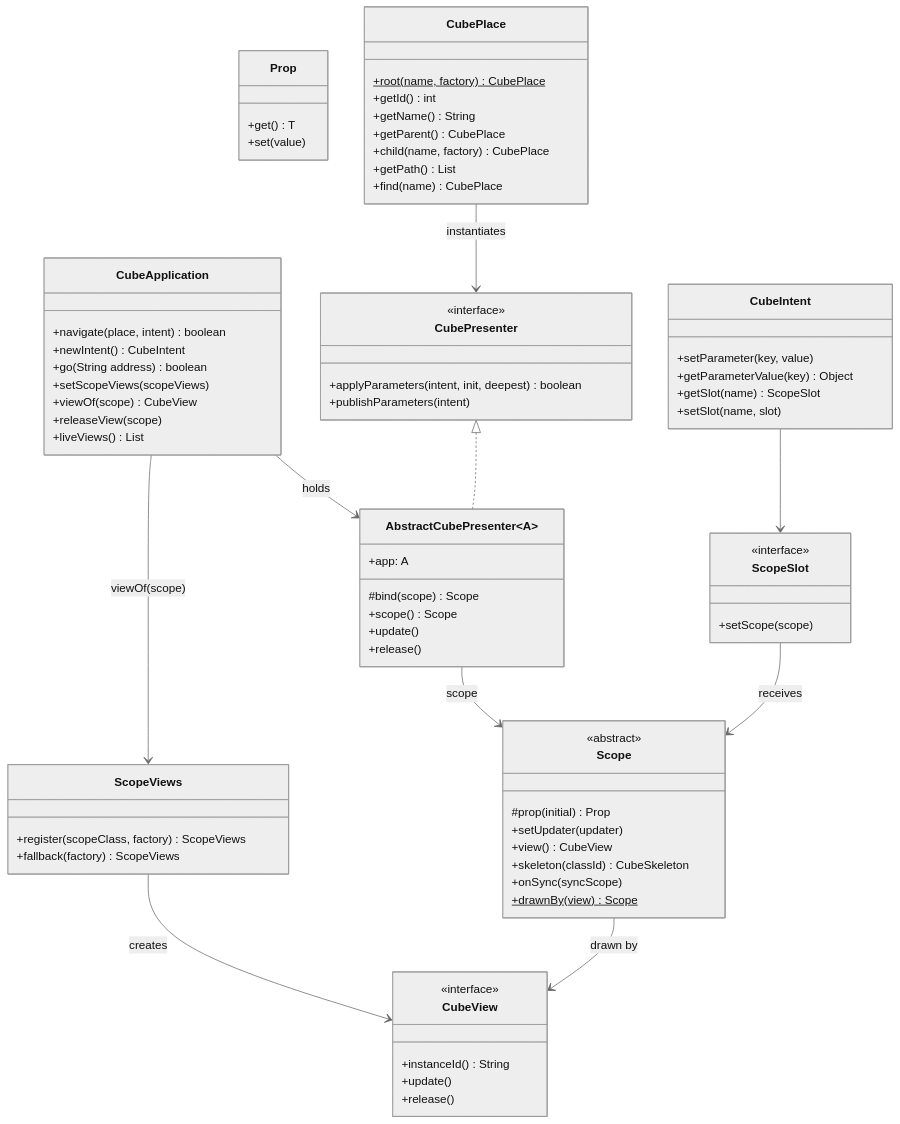
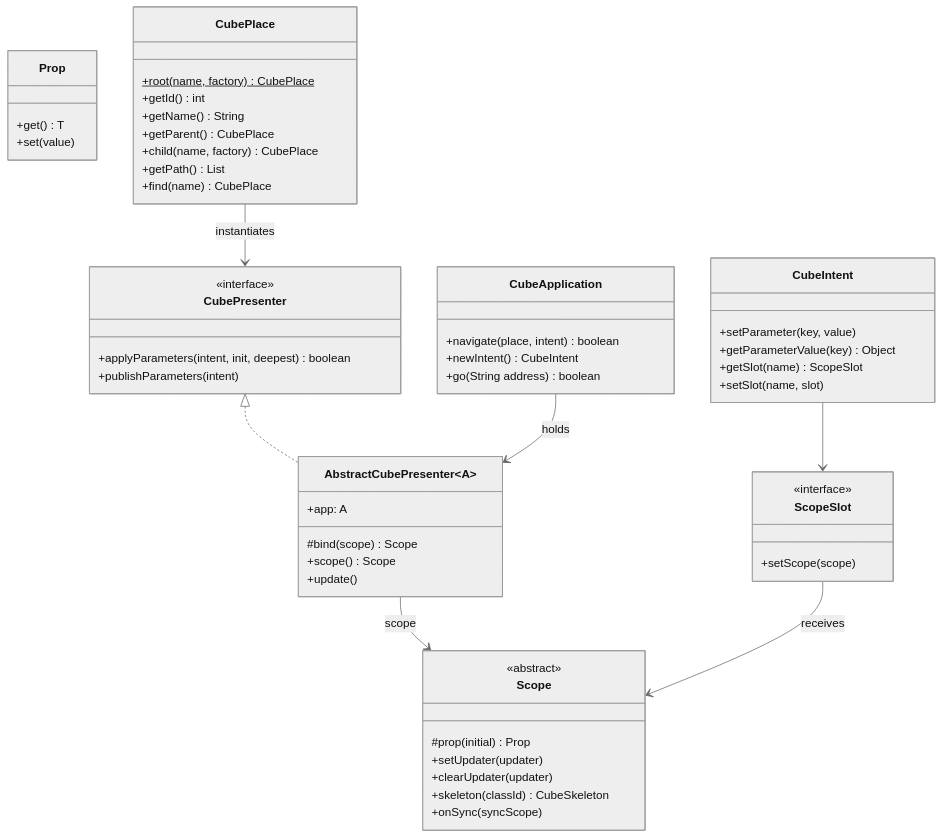
One commit to mrcdom/wdc-cube-java-v2 changed the third of 4 diagrams in docs/cube-mvp-multiplatform-architecture.md. Above: the diagram before and after it, drawn with Mermaid (neutral theme). The commit also changed other lines of this file and 67 other files, not shown here.

First line of the commit message:
♻️ [REFACTOR] the cube knows only scopes; each rendering technology releases its views

````diff
--- a/docs/cube-mvp-multiplatform-architecture.md
+++ b/docs/cube-mvp-multiplatform-architecture.md
@@ -381,10 +381,6 @@
         +navigate(place, intent) boolean
         +newIntent() CubeIntent
         +go(String address) boolean
-        +setScopeViews(scopeViews)
-        +viewOf(scope) CubeView
-        +releaseView(scope)
-        +liveViews() List
     }
 
     class CubePresenter {
@@ -398,34 +394,20 @@
         #bind(scope) Scope
         +scope() Scope
         +update()
-        +release()
     }
 
     class Scope {
         <<abstract>>
         #prop(initial) Prop
         +setUpdater(updater)
-        +view() CubeView
+        +clearUpdater(updater)
         +skeleton(classId) CubeSkeleton
         +onSync(syncScope)
-        +drawnBy(view)$ Scope
-    }
-
-    class ScopeViews {
-        +register(scopeClass, factory) ScopeViews
-        +fallback(factory) ScopeViews
     }
 
     class Prop {
         +get() T
         +set(value)
-    }
-
-    class CubeView {
-        <<interface>>
-        +instanceId() String
-        +update()
-        +release()
     }
 
     class ScopeSlot {
@@ -452,11 +434,8 @@
 
     CubePresenter <|.. AbstractCubePresenter
     AbstractCubePresenter --> Scope : scope
-    Scope --> CubeView : drawn by
     CubePlace --> CubePresenter : instantiates
     CubeIntent --> ScopeSlot
     ScopeSlot --> Scope : receives
     CubeApplication --> AbstractCubePresenter : holds
-    CubeApplication --> ScopeViews : viewOf(scope)
-    ScopeViews --> CubeView : creates
 ```
````
